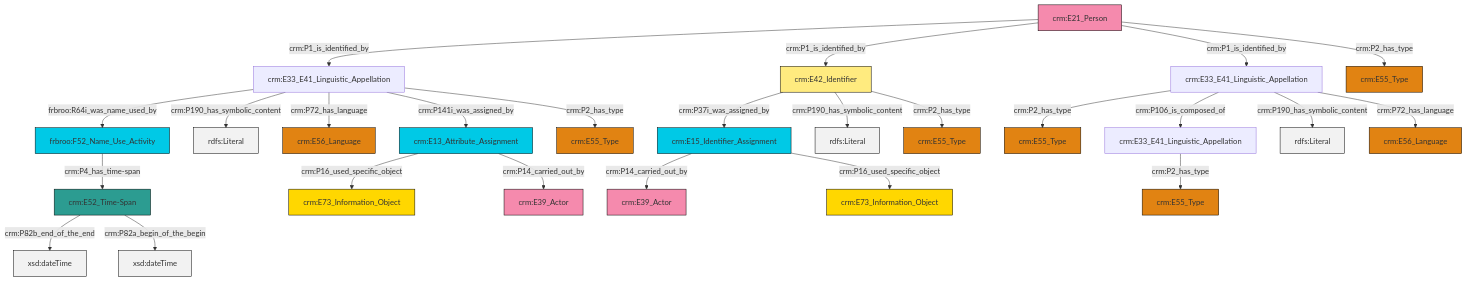
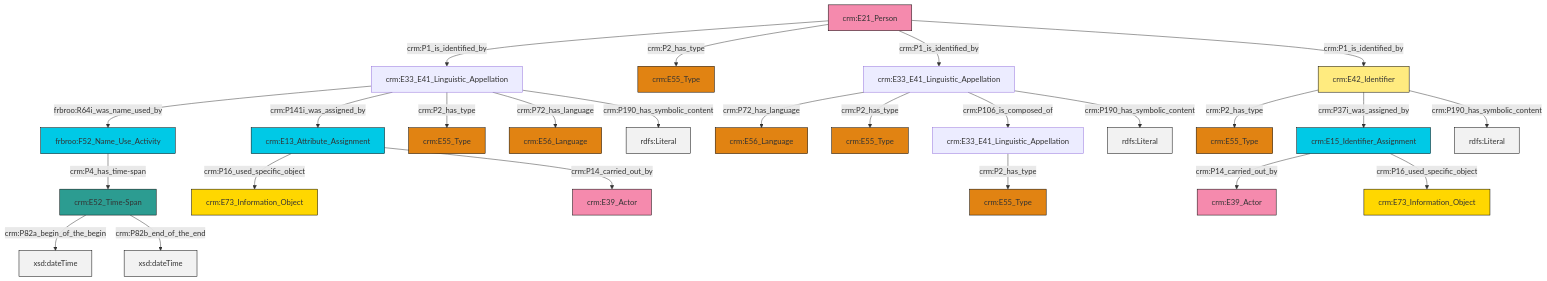
Before and after one commit to swiss-art-research-net/reference-data-models: the diagram in et/personCSV/ttl/mmd/Person_Names_and_Classification.ttl.mmd, drawn with Mermaid. The commit also changed 122 other files, not shown here.

```diff
--- a/et/personCSV/ttl/mmd/Person_Names_and_Classification.ttl.mmd
+++ b/et/personCSV/ttl/mmd/Person_Names_and_Classification.ttl.mmd
@@ -1,39 +1,39 @@
 graph TD
 classDef Literal fill:#f2f2f2,stroke:#000000;
 classDef CRM_Entity fill:#FFFFFF,stroke:#000000;
 classDef Temporal_Entity fill:#00C9E6, stroke:#000000;
 classDef Type fill:#E18312, stroke:#000000;
 classDef Time-Span fill:#2C9C91, stroke:#000000;
 classDef Appellation fill:#FFEB7F, stroke:#000000;
 classDef Place fill:#008836, stroke:#000000;
 classDef Persistent_Item fill:#B266B2, stroke:#000000;
 classDef Conceptual_Object fill:#FFD700, stroke:#000000;
 classDef Physical_Thing fill:#D2B48C, stroke:#000000;
 classDef Actor fill:#f58aad, stroke:#000000;
 classDef PC_Classes fill:#4ce600, stroke:#000000;
 classDef Multi fill:#cccccc,stroke:#000000;
 
-0["crm:E21_Person"]:::Actor -->|crm:P1_is_identified_by| 1["crm:E33_E41_Linguistic_Appellation"]:::Default
-4["crm:E42_Identifier"]:::Appellation -->|crm:P37i_was_assigned_by| 5["crm:E15_Identifier_Assignment"]:::Temporal_Entity
-8["crm:E33_E41_Linguistic_Appellation"]:::Default -->|crm:P2_has_type| 9["crm:E55_Type"]:::Type
-1["crm:E33_E41_Linguistic_Appellation"]:::Default -->|frbroo:R64i_was_name_used_by| 14["frbroo:F52_Name_Use_Activity"]:::Temporal_Entity
-8["crm:E33_E41_Linguistic_Appellation"]:::Default -->|crm:P106_is_composed_of| 16["crm:E33_E41_Linguistic_Appellation"]:::Default
-1["crm:E33_E41_Linguistic_Appellation"]:::Default -->|crm:P190_has_symbolic_content| 17[rdfs:Literal]:::Literal
-18["crm:E52_Time-Span"]:::Time-Span -->|crm:P82b_end_of_the_end| 19[xsd:dateTime]:::Literal
-16["crm:E33_E41_Linguistic_Appellation"]:::Default -->|crm:P2_has_type| 21["crm:E55_Type"]:::Type
-5["crm:E15_Identifier_Assignment"]:::Temporal_Entity -->|crm:P14_carried_out_by| 10["crm:E39_Actor"]:::Actor
-1["crm:E33_E41_Linguistic_Appellation"]:::Default -->|crm:P72_has_language| 23["crm:E56_Language"]:::Type
-4["crm:E42_Identifier"]:::Appellation -->|crm:P190_has_symbolic_content| 24[rdfs:Literal]:::Literal
-0["crm:E21_Person"]:::Actor -->|crm:P1_is_identified_by| 4["crm:E42_Identifier"]:::Appellation
-8["crm:E33_E41_Linguistic_Appellation"]:::Default -->|crm:P190_has_symbolic_content| 28[rdfs:Literal]:::Literal
-5["crm:E15_Identifier_Assignment"]:::Temporal_Entity -->|crm:P16_used_specific_object| 12["crm:E73_Information_Object"]:::Conceptual_Object
-18["crm:E52_Time-Span"]:::Time-Span -->|crm:P82a_begin_of_the_begin| 33[xsd:dateTime]:::Literal
-0["crm:E21_Person"]:::Actor -->|crm:P1_is_identified_by| 8["crm:E33_E41_Linguistic_Appellation"]:::Default
-8["crm:E33_E41_Linguistic_Appellation"]:::Default -->|crm:P72_has_language| 25["crm:E56_Language"]:::Type
-36["crm:E13_Attribute_Assignment"]:::Temporal_Entity -->|crm:P16_used_specific_object| 34["crm:E73_Information_Object"]:::Conceptual_Object
-4["crm:E42_Identifier"]:::Appellation -->|crm:P2_has_type| 6["crm:E55_Type"]:::Type
-36["crm:E13_Attribute_Assignment"]:::Temporal_Entity -->|crm:P14_carried_out_by| 29["crm:E39_Actor"]:::Actor
-14["frbroo:F52_Name_Use_Activity"]:::Temporal_Entity -->|crm:P4_has_time-span| 18["crm:E52_Time-Span"]:::Time-Span
-1["crm:E33_E41_Linguistic_Appellation"]:::Default -->|crm:P141i_was_assigned_by| 36["crm:E13_Attribute_Assignment"]:::Temporal_Entity
-1["crm:E33_E41_Linguistic_Appellation"]:::Default -->|crm:P2_has_type| 37["crm:E55_Type"]:::Type
-0["crm:E21_Person"]:::Actor -->|crm:P2_has_type| 2["crm:E55_Type"]:::Type
+0["crm:E13_Attribute_Assignment"]:::Temporal_Entity -->|crm:P16_used_specific_object| 1["crm:E73_Information_Object"]:::Conceptual_Object
+0["crm:E13_Attribute_Assignment"]:::Temporal_Entity -->|crm:P14_carried_out_by| 4["crm:E39_Actor"]:::Actor
+5["crm:E33_E41_Linguistic_Appellation"]:::Default -->|frbroo:R64i_was_name_used_by| 6["frbroo:F52_Name_Use_Activity"]:::Temporal_Entity
+7["crm:E21_Person"]:::Actor -->|crm:P1_is_identified_by| 5["crm:E33_E41_Linguistic_Appellation"]:::Default
+5["crm:E33_E41_Linguistic_Appellation"]:::Default -->|crm:P141i_was_assigned_by| 0["crm:E13_Attribute_Assignment"]:::Temporal_Entity
+8["crm:E33_E41_Linguistic_Appellation"]:::Default -->|crm:P72_has_language| 9["crm:E56_Language"]:::Type
+10["crm:E42_Identifier"]:::Appellation -->|crm:P2_has_type| 11["crm:E55_Type"]:::Type
+5["crm:E33_E41_Linguistic_Appellation"]:::Default -->|crm:P2_has_type| 14["crm:E55_Type"]:::Type
+7["crm:E21_Person"]:::Actor -->|crm:P2_has_type| 18["crm:E55_Type"]:::Type
+6["frbroo:F52_Name_Use_Activity"]:::Temporal_Entity -->|crm:P4_has_time-span| 19["crm:E52_Time-Span"]:::Time-Span
+5["crm:E33_E41_Linguistic_Appellation"]:::Default -->|crm:P72_has_language| 23["crm:E56_Language"]:::Type
+7["crm:E21_Person"]:::Actor -->|crm:P1_is_identified_by| 8["crm:E33_E41_Linguistic_Appellation"]:::Default
+10["crm:E42_Identifier"]:::Appellation -->|crm:P37i_was_assigned_by| 27["crm:E15_Identifier_Assignment"]:::Temporal_Entity
+5["crm:E33_E41_Linguistic_Appellation"]:::Default -->|crm:P190_has_symbolic_content| 32[rdfs:Literal]:::Literal
+27["crm:E15_Identifier_Assignment"]:::Temporal_Entity -->|crm:P14_carried_out_by| 28["crm:E39_Actor"]:::Actor
+19["crm:E52_Time-Span"]:::Time-Span -->|crm:P82a_begin_of_the_begin| 34[xsd:dateTime]:::Literal
+19["crm:E52_Time-Span"]:::Time-Span -->|crm:P82b_end_of_the_end| 36[xsd:dateTime]:::Literal
+27["crm:E15_Identifier_Assignment"]:::Temporal_Entity -->|crm:P16_used_specific_object| 20["crm:E73_Information_Object"]:::Conceptual_Object
+10["crm:E42_Identifier"]:::Appellation -->|crm:P190_has_symbolic_content| 40[rdfs:Literal]:::Literal
+8["crm:E33_E41_Linguistic_Appellation"]:::Default -->|crm:P2_has_type| 12["crm:E55_Type"]:::Type
+8["crm:E33_E41_Linguistic_Appellation"]:::Default -->|crm:P106_is_composed_of| 2["crm:E33_E41_Linguistic_Appellation"]:::Default
+2["crm:E33_E41_Linguistic_Appellation"]:::Default -->|crm:P2_has_type| 15["crm:E55_Type"]:::Type
+7["crm:E21_Person"]:::Actor -->|crm:P1_is_identified_by| 10["crm:E42_Identifier"]:::Appellation
+8["crm:E33_E41_Linguistic_Appellation"]:::Default -->|crm:P190_has_symbolic_content| 45[rdfs:Literal]:::Literal
```
